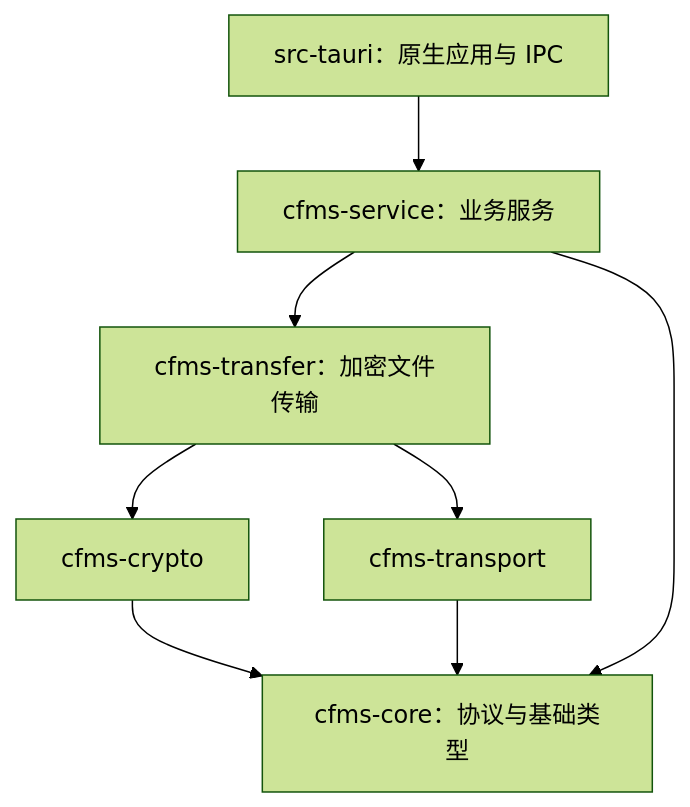
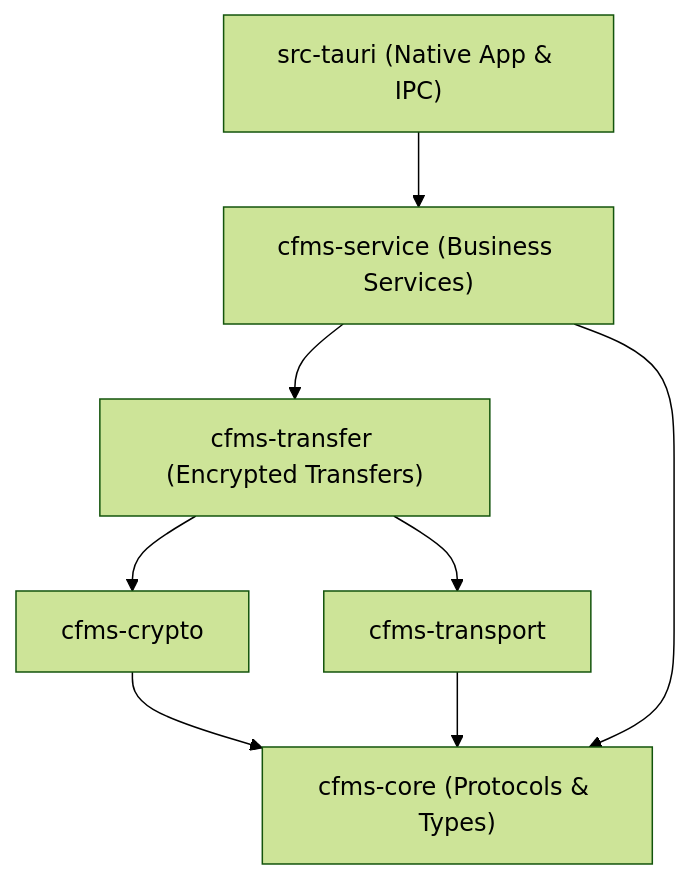
The diagram in docs/architecture.md (cfms-dev/cfms_client_tauri), drawn with Mermaid (forest theme) before and after one commit. The commit also changed other lines of this file and 105 other files, not shown here.

````diff
--- a/docs/architecture.md
+++ b/docs/architecture.md
@@ -25,10 +43,11 @@
 ```mermaid
 flowchart TD
-    tauri["src-tauri：原生应用与 IPC"] --> service["cfms-service：业务服务"]
-    service --> transfer["cfms-transfer：加密文件传输"]
+    tauri["src-tauri (Native App & IPC)"] --> service["cfms-service (Business Services)"]
+    service --> transfer["cfms-transfer (Encrypted Transfers)"]
     transfer --> crypto["cfms-crypto"]
     transfer --> transport["cfms-transport"]
-    crypto --> core["cfms-core：协议与基础类型"]
+    crypto --> core["cfms-core (Protocols & Types)"]
     transport --> core
     service --> core
+
 ```
````
